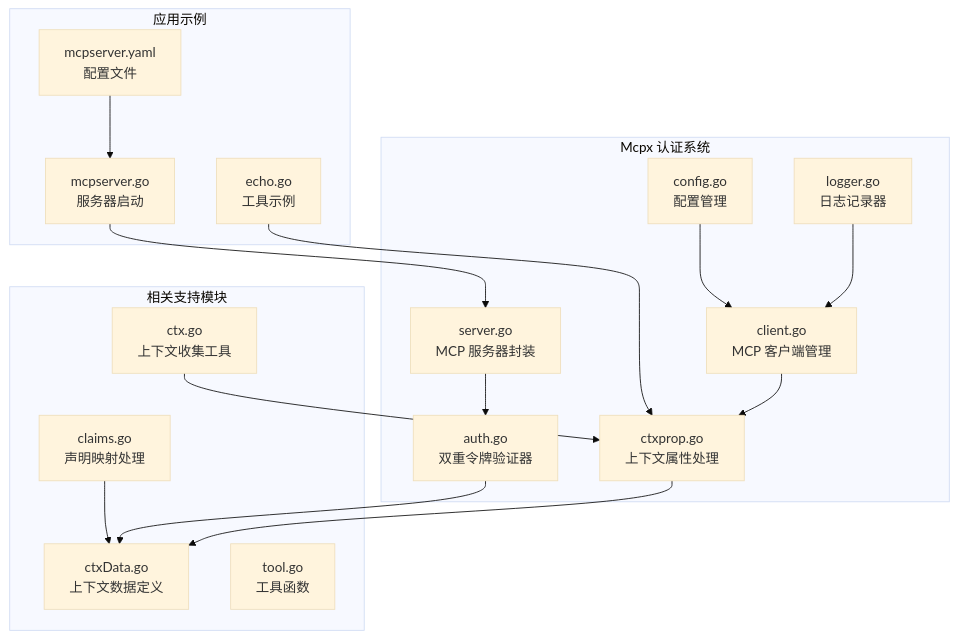
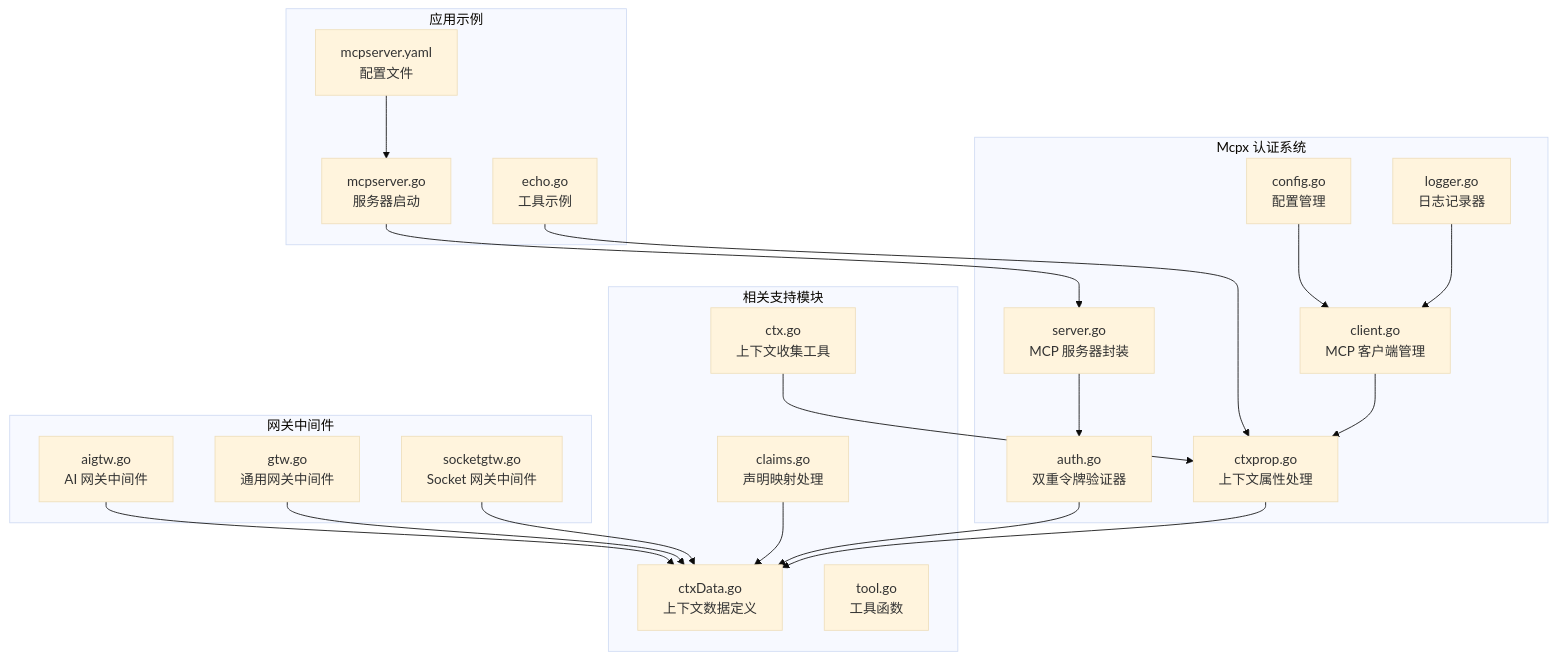
One commit to maomao94/zero-service changed the first of 6 diagrams in .qoder/repowiki/zh/content/Mcpx Authentication System.md. Above: the diagram before and after it, drawn with Mermaid (base theme). The commit also changed other lines of this file and 7 other files, not shown here.

````diff
--- a/.qoder/repowiki/zh/content/Mcpx Authentication System.md
+++ b/.qoder/repowiki/zh/content/Mcpx Authentication System.md
@@ -55,33 +60,41 @@
 ```mermaid
 graph TB
 subgraph "Mcpx 认证系统"
 A[auth.go<br/>双重令牌验证器]
 B[client.go<br/>MCP 客户端管理]
 C[server.go<br/>MCP 服务器封装]
 D[config.go<br/>配置管理]
 E[ctxprop.go<br/>上下文属性处理]
 F[logger.go<br/>日志记录器]
 end
 subgraph "相关支持模块"
 G[ctxData.go<br/>上下文数据定义]
 H[ctx.go<br/>上下文收集工具]
 I[claims.go<br/>声明映射处理]
 J[tool.go<br/>工具函数]
 end
 subgraph "应用示例"
 K[mcpserver.go<br/>服务器启动]
 L[mcpserver.yaml<br/>配置文件]
 M[echo.go<br/>工具示例]
 end
+subgraph "网关中间件"
+N[aigtw.go<br/>AI 网关中间件]
+O[gtw.go<br/>通用网关中间件]
+P[socketgtw.go<br/>Socket 网关中间件]
+end
 A --> G
 B --> E
 C --> A
 D --> B
 E --> G
 F --> B
 K --> C
 L --> K
 M --> E
 H --> E
 I --> G
+N --> G
+O --> G
+P --> G
 ```
````
